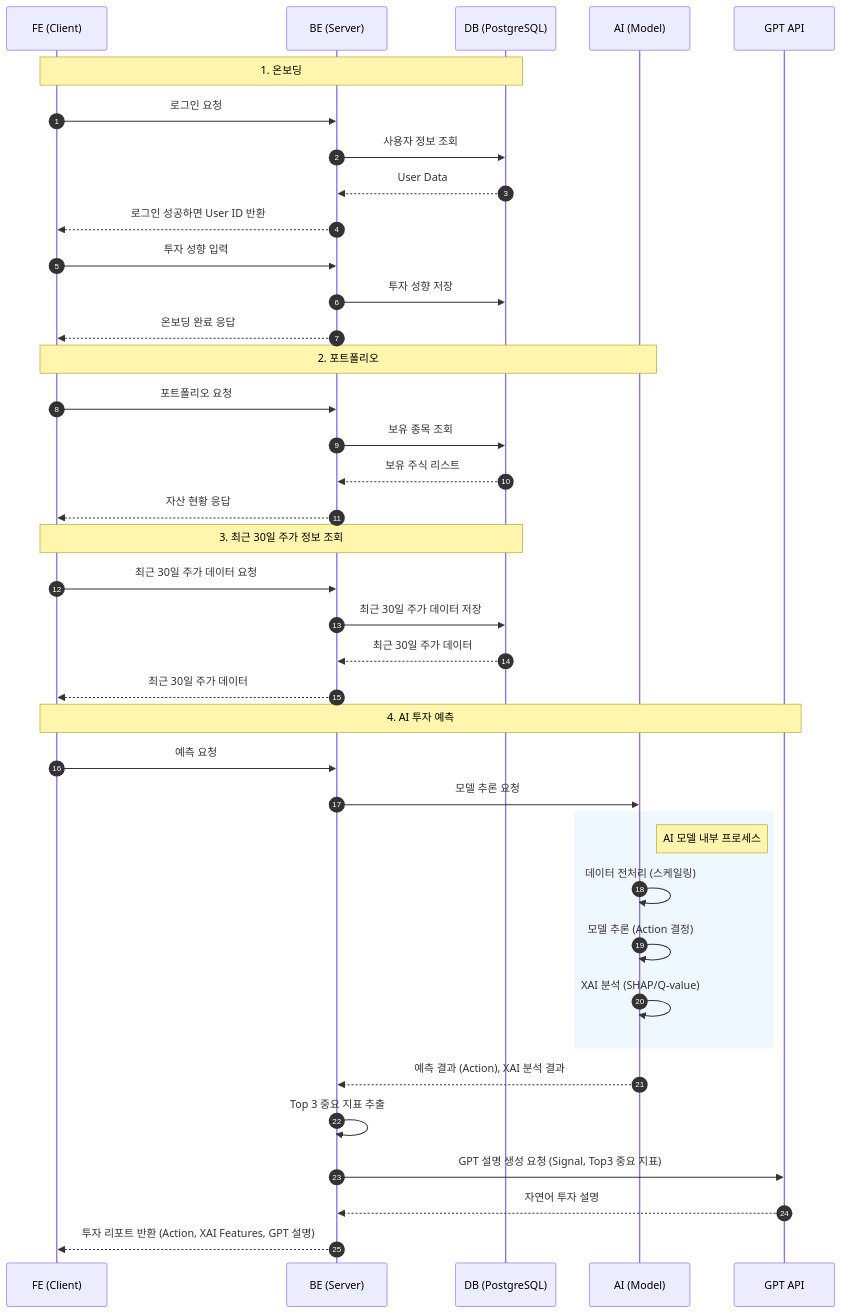
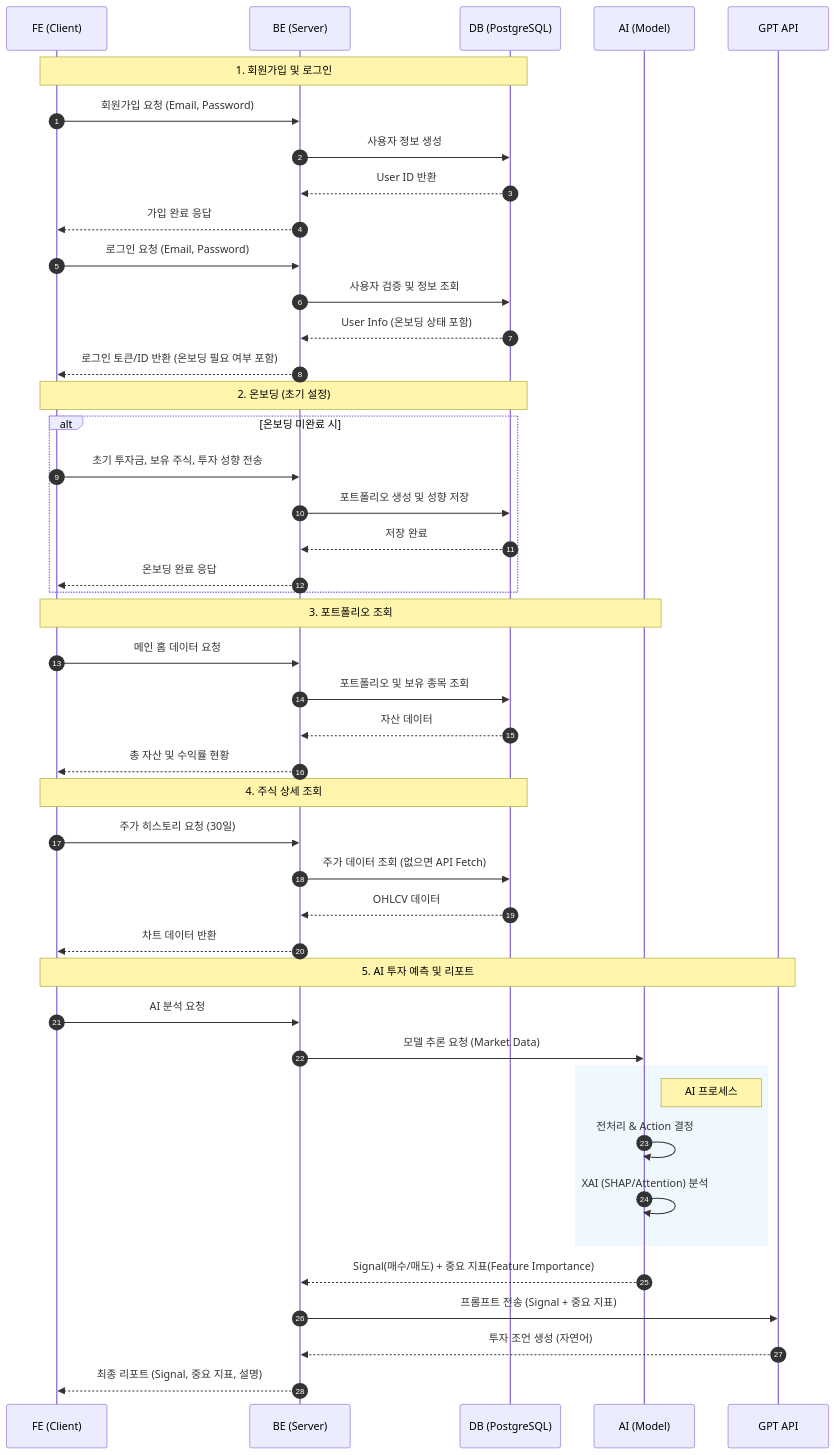
The diagram in README.md (CSID-DGU/2025-2-CSC4004-1-7-Libri), drawn with Mermaid before and after one commit. The commit also changed other lines of this file, not shown here.

Commit message:
Docs: README 시퀀스 다이어그램 수정

````diff
--- a/README.md
+++ b/README.md
@@ -59,51 +59,60 @@
 ```mermaid
 sequenceDiagram
     autonumber
     participant FE as FE (Client)
     participant BE as BE (Server)
     participant DB as DB (PostgreSQL)
     participant AI as AI (Model)
     participant GPT as GPT API
     
-    %% 1. 온보딩
-    Note over FE, DB: 1. 온보딩
-    FE->>BE: 로그인 요청
-    BE->>DB: 사용자 정보 조회
-    DB-->>BE: User Data
-    BE-->>FE: 로그인 성공하면 User ID 반환
-    FE->>BE: 투자 성향 입력
-    BE->>DB: 투자 성향 저장
-    BE-->>FE: 온보딩 완료 응답
+    %% 1. 회원가입 및 로그인
+    Note over FE, DB: 1. 회원가입 및 로그인
+    FE->>BE: 회원가입 요청 (Email, Password)
+    BE->>DB: 사용자 정보 생성
+    DB-->>BE: User ID 반환
+    BE-->>FE: 가입 완료 응답
     
-    %% 2. 포트폴리오
-    Note over FE, AI: 2. 포트폴리오
-    FE->>BE: 포트폴리오 요청
-    BE->>DB: 보유 종목 조회
-    DB-->>BE: 보유 주식 리스트
-    BE-->>FE: 자산 현황 응답
+    FE->>BE: 로그인 요청 (Email, Password)
+    BE->>DB: 사용자 검증 및 정보 조회
+    DB-->>BE: User Info (온보딩 상태 포함)
+    BE-->>FE: 로그인 토큰/ID 반환 (온보딩 필요 여부 포함)
     
-    %% 3. 주가 조회
-    Note over FE, DB: 3. 최근 30일 주가 정보 조회
-    FE->>BE: 최근 30일 주가 데이터 요청
-    BE->>DB: 최근 30일 주가 데이터 저장
-    DB-->>BE: 최근 30일 주가 데이터
-    BE-->>FE: 최근 30일 주가 데이터
+    %% 2. 온보딩 프로세스
+    Note over FE, DB: 2. 온보딩 (초기 설정)
+    alt 온보딩 미완료 시
+        FE->>BE: 초기 투자금, 보유 주식, 투자 성향 전송
+        BE->>DB: 포트폴리오 생성 및 성향 저장
+        DB-->>BE: 저장 완료
+        BE-->>FE: 온보딩 완료 응답
+    end
     
-    %% 4. AI 투자 예측
-    Note over FE, GPT: 4. AI 투자 예측
-    FE->>BE: 예측 요청
-    BE->>AI: 모델 추론 요청
+    %% 3. 포트폴리오
+    Note over FE, AI: 3. 포트폴리오 조회
+    FE->>BE: 메인 홈 데이터 요청
+    BE->>DB: 포트폴리오 및 보유 종목 조회
+    DB-->>BE: 자산 데이터
+    BE-->>FE: 총 자산 및 수익률 현황
+    
+    %% 4. 주가 조회
+    Note over FE, DB: 4. 주식 상세 조회
+    FE->>BE: 주가 히스토리 요청 (30일)
+    BE->>DB: 주가 데이터 조회 (없으면 API Fetch)
+    DB-->>BE: OHLCV 데이터
+    BE-->>FE: 차트 데이터 반환
+    
+    %% 5. AI 투자 예측
+    Note over FE, GPT: 5. AI 투자 예측 및 리포트
+    FE->>BE: AI 분석 요청
+    BE->>AI: 모델 추론 요청 (Market Data)
     
     rect rgb(240, 248, 255)
-        Note right of AI: AI 모델 내부 프로세스
-        AI->>AI: 데이터 전처리 (스케일링)
-        AI->>AI: 모델 추론 (Action 결정)
-        AI->>AI: XAI 분석 (SHAP/Q-value)
-        
+        Note right of AI: AI 프로세스
+        AI->>AI: 전처리 & Action 결정
+        AI->>AI: XAI (SHAP/Attention) 분석
     end
-    AI-->>BE: 예측 결과 (Action), XAI 분석 결과
-    BE->>BE: Top 3 중요 지표 추출
-    BE->>GPT: GPT 설명 생성 요청 (Signal, Top3 중요 지표)
-    GPT-->>BE: 자연어 투자 설명
-    BE-->>FE: 투자 리포트 반환 (Action, XAI Features, GPT 설명)
+    AI-->>BE: Signal(매수/매도) + 중요 지표(Feature Importance)
+    
+    BE->>GPT: 프롬프트 전송 (Signal + 중요 지표)
+    GPT-->>BE: 투자 조언 생성 (자연어)
+    BE-->>FE: 최종 리포트 (Signal, 중요 지표, 설명)
 ```
````
